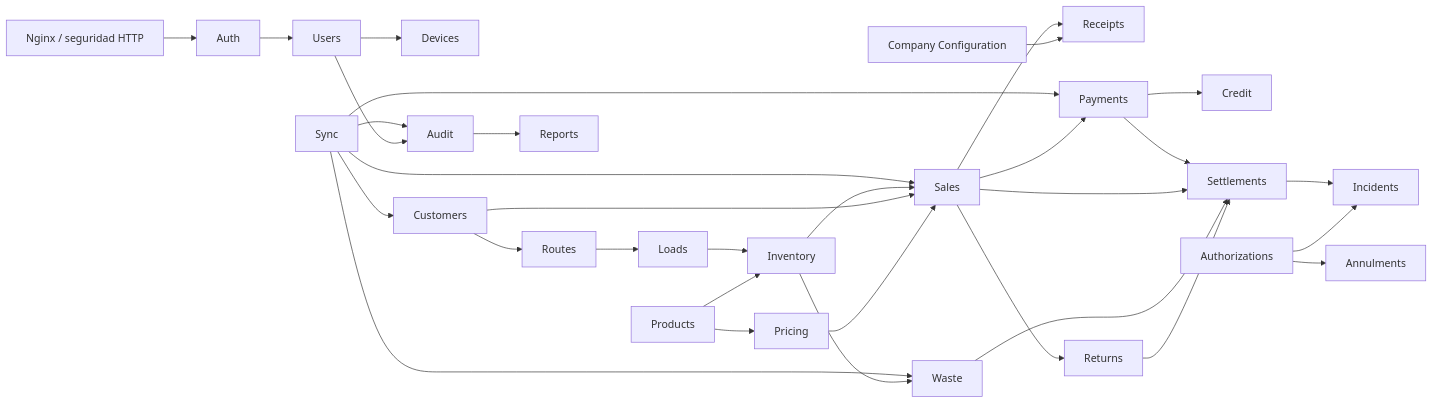
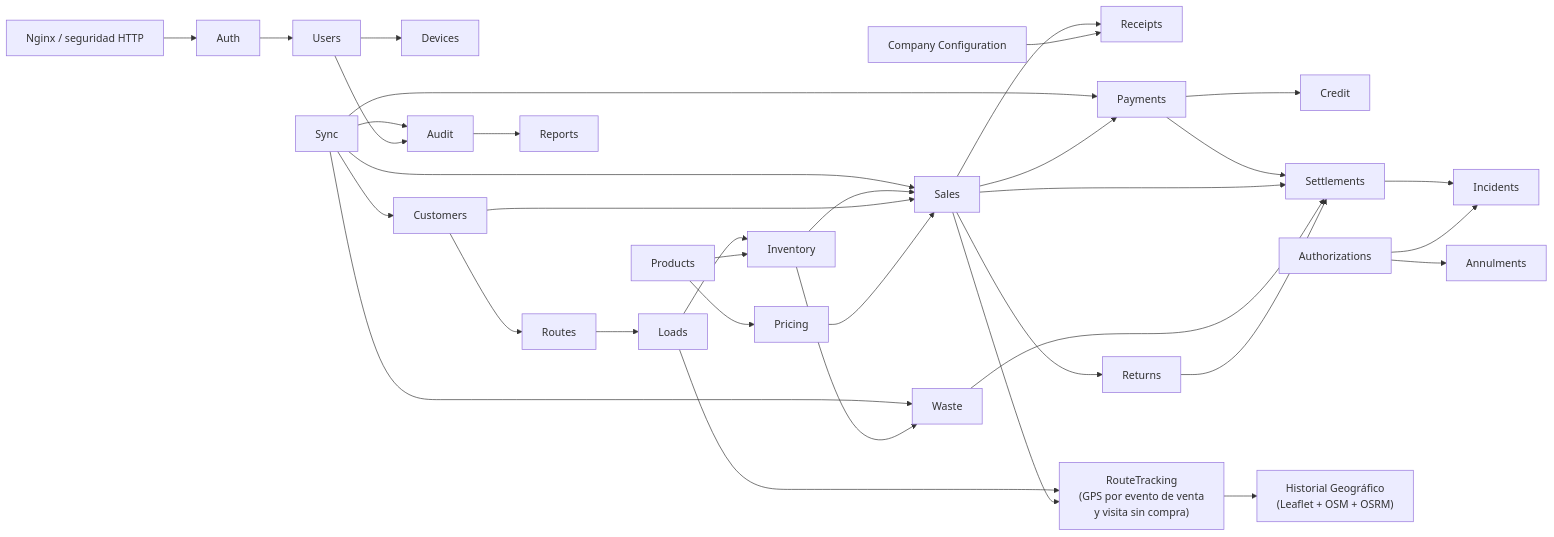
The diagram in diagrams/components/system-components.mmd (mchiroyl/purified-water-management), drawn with Mermaid before and after one commit. The commit also changed 10 other files, not shown here.

```diff
--- a/diagrams/components/system-components.mmd
+++ b/diagrams/components/system-components.mmd
@@ -1,32 +1,35 @@
 flowchart LR
     Gateway["Nginx / seguridad HTTP"] --> Auth
     Auth --> Users
     Users --> Devices
     Company["Company Configuration"] --> Receipts
     Products --> Pricing
     Products --> Inventory
     Customers --> Routes
     Routes --> Loads
     Loads --> Inventory
     Pricing --> Sales
     Customers --> Sales
     Inventory --> Sales
     Sales --> Payments
     Payments --> Credit
     Sales --> Returns
     Inventory --> Waste
     Returns --> Settlements
     Waste --> Settlements
     Sales --> Settlements
     Payments --> Settlements
     Sync --> Customers
     Sync --> Sales
     Sync --> Payments
     Sync --> Waste
     Authorizations --> Incidents
     Authorizations --> Annulments
     Settlements --> Incidents
     Audit --> Reports
     Users --> Audit
     Sync --> Audit
     Sales --> Receipts
+    Sales --> RouteTracking["RouteTracking\n(GPS por evento de venta\ny visita sin compra)"]
+    Loads --> RouteTracking
+    RouteTracking --> RouteHistory["Historial Geográfico\n(Leaflet + OSM + OSRM)"]
```
